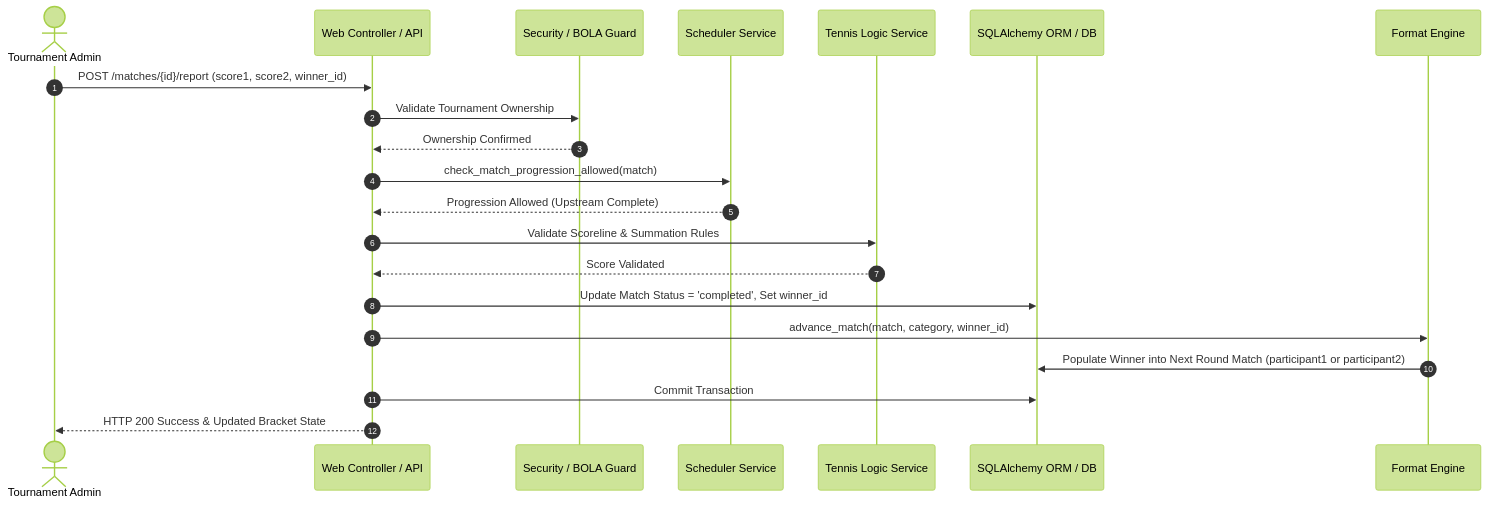
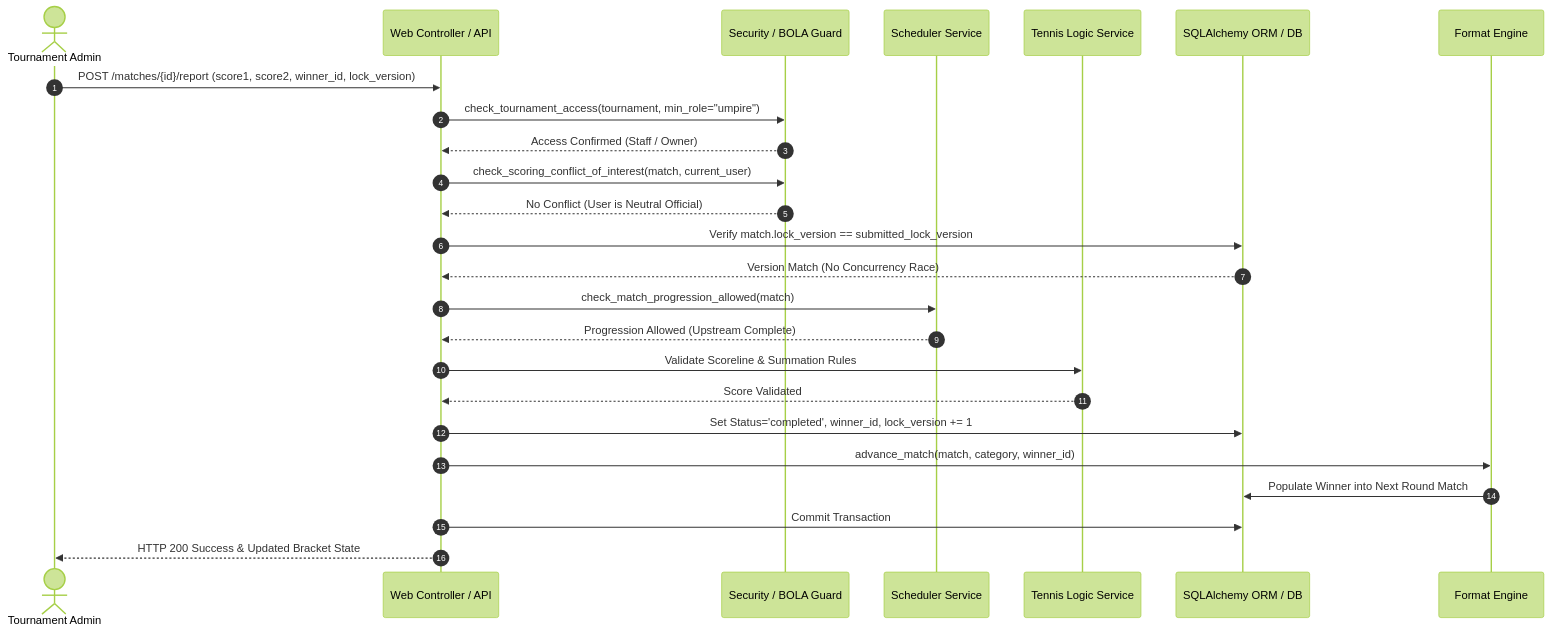
The first of 2 diagrams in docs/ARCHITECTURE.md (rahilmehta-24/TourneyPro), drawn with Mermaid (forest theme) before and after one commit. The commit also changed other lines of this file and 36 other files, not shown here.

````diff
--- a/docs/ARCHITECTURE.md
+++ b/docs/ARCHITECTURE.md
@@ -174,24 +251,28 @@
 ```mermaid
 sequenceDiagram
     autonumber
     actor Admin as Tournament Admin
     participant Web as Web Controller / API
     participant Sec as Security / BOLA Guard
     participant Sched as Scheduler Service
     participant Logic as Tennis Logic Service
     participant Model as SQLAlchemy ORM / DB
     participant Engine as Format Engine
 
-    Admin->>Web: POST /matches/{id}/report (score1, score2, winner_id)
-    Web->>Sec: Validate Tournament Ownership
-    Sec-->>Web: Ownership Confirmed
+    Admin->>Web: POST /matches/{id}/report (score1, score2, winner_id, lock_version)
+    Web->>Sec: check_tournament_access(tournament, min_role="umpire")
+    Sec-->>Web: Access Confirmed (Staff / Owner)
+    Web->>Sec: check_scoring_conflict_of_interest(match, current_user)
+    Sec-->>Web: No Conflict (User is Neutral Official)
+    Web->>Model: Verify match.lock_version == submitted_lock_version
+    Model-->>Web: Version Match (No Concurrency Race)
     Web->>Sched: check_match_progression_allowed(match)
     Sched-->>Web: Progression Allowed (Upstream Complete)
     Web->>Logic: Validate Scoreline & Summation Rules
     Logic-->>Web: Score Validated
-    Web->>Model: Update Match Status = 'completed', Set winner_id
+    Web->>Model: Set Status='completed', winner_id, lock_version += 1
     Web->>Engine: advance_match(match, category, winner_id)
-    Engine->>Model: Populate Winner into Next Round Match (participant1 or participant2)
+    Engine->>Model: Populate Winner into Next Round Match
     Web->>Model: Commit Transaction
     Web-->>Admin: HTTP 200 Success & Updated Bracket State
 ```
````
